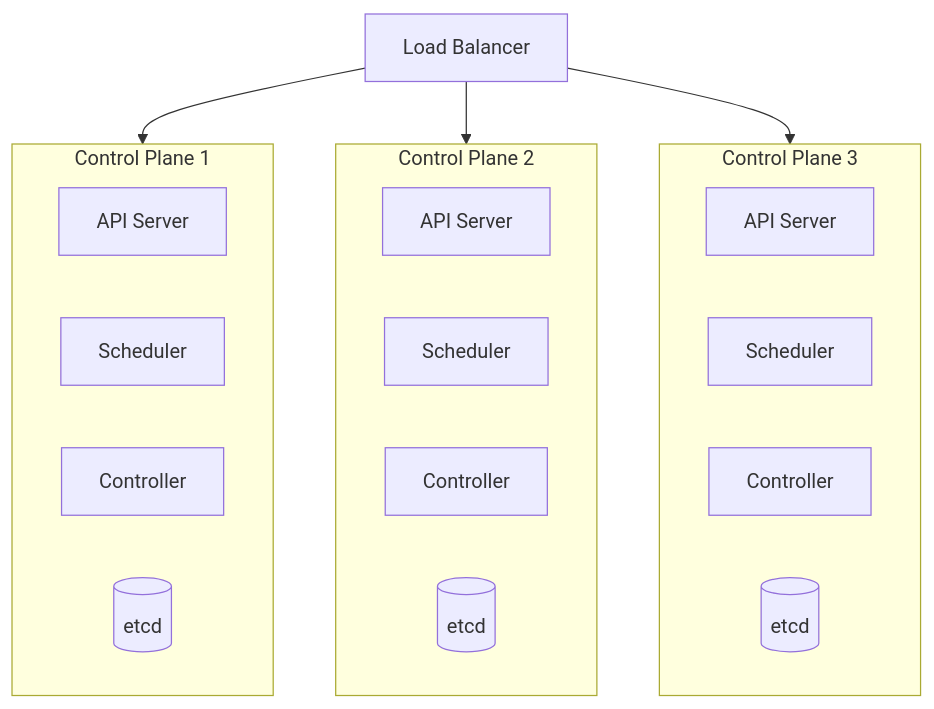
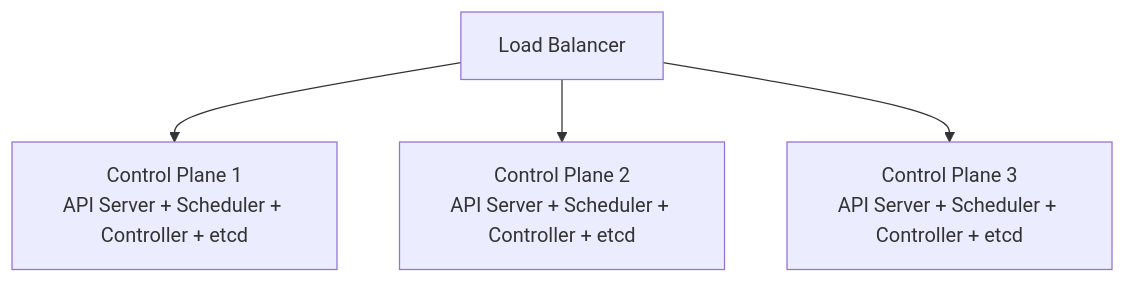
Before and after one commit to K-Diger/k-diger.github.io: diagram 15 of 16 in _posts/2025-12-23-kubernetes-02-architecture.md, drawn with Mermaid. The commit also changed other lines of this file and 13 other files, not shown here.

````diff
--- a/_posts/2025-12-23-kubernetes-02-architecture.md
+++ b/_posts/2025-12-23-kubernetes-02-architecture.md
@@ -517,29 +494,12 @@
 ```mermaid
 flowchart TB
     LB["Load Balancer"]
 
-    subgraph CP1["Control Plane 1"]
-        API1["API Server"]
-        SCHED1["Scheduler"]
-        CTRL1["Controller"]
-        ETCD1[("etcd")]
-    end
-
-    subgraph CP2["Control Plane 2"]
-        API2["API Server"]
-        SCHED2["Scheduler"]
-        CTRL2["Controller"]
-        ETCD2[("etcd")]
-    end
-
-    subgraph CP3["Control Plane 3"]
-        API3["API Server"]
-        SCHED3["Scheduler"]
-        CTRL3["Controller"]
-        ETCD3[("etcd")]
-    end
+    CP1["Control Plane 1<br/>API Server + Scheduler + Controller + etcd"]
+    CP2["Control Plane 2<br/>API Server + Scheduler + Controller + etcd"]
+    CP3["Control Plane 3<br/>API Server + Scheduler + Controller + etcd"]
 
     LB --> CP1
     LB --> CP2
     LB --> CP3
 ```
````
